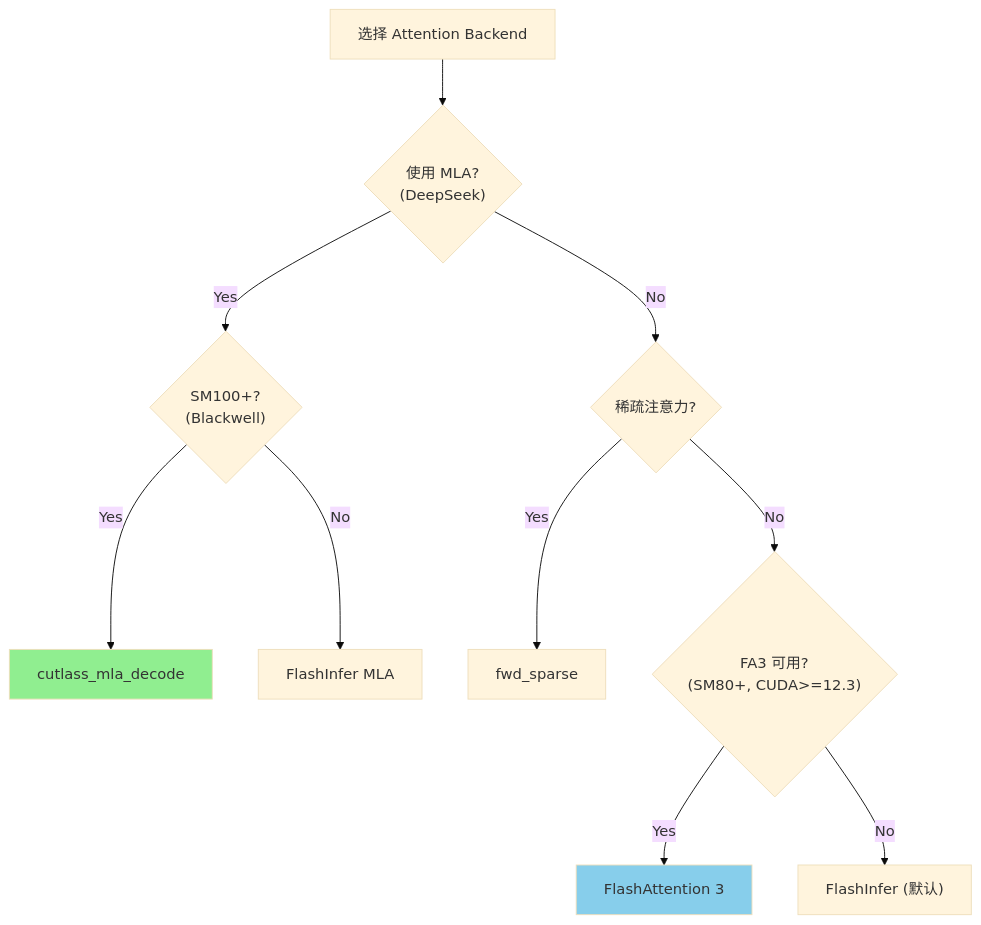
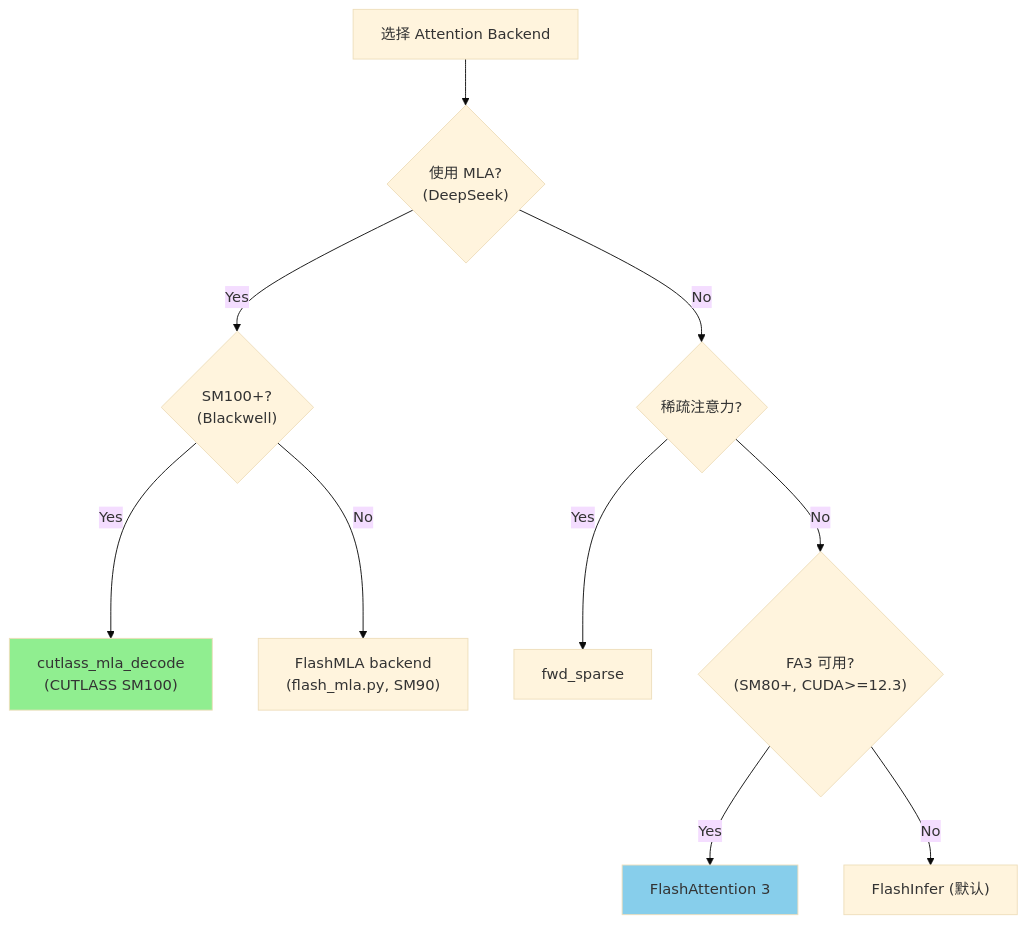
Before and after one commit to wesleyck/AIInfraNotes: the sixth of 6 diagrams in SGLang/16_attention_kernels.md, drawn with Mermaid (base theme). The commit also changed other lines of this file and 16 other files, not shown here.

````diff
--- a/SGLang/16_attention_kernels.md
+++ b/SGLang/16_attention_kernels.md
@@ -404,25 +469,25 @@
 ```mermaid
 flowchart TB
     Start["选择 Attention Backend"]
     
     IsMLA{"使用 MLA?<br/>(DeepSeek)"}
     IsSM100{"SM100+?<br/>(Blackwell)"}
     IsSparse{"稀疏注意力?"}
     IsFA3{"FA3 可用?<br/>(SM80+, CUDA>=12.3)"}
     
     Start --> IsMLA
     
     IsMLA -->|Yes| IsSM100
-    IsSM100 -->|Yes| CUTLASS["cutlass_mla_decode"]
-    IsSM100 -->|No| FlashMLA["FlashInfer MLA"]
+    IsSM100 -->|Yes| CUTLASS["cutlass_mla_decode<br/>(CUTLASS SM100)"]
+    IsSM100 -->|No| FlashMLA["FlashMLA backend<br/>(flash_mla.py, SM90)"]
     
     IsMLA -->|No| IsSparse
     IsSparse -->|Yes| SparseFwd["fwd_sparse"]
     
     IsSparse -->|No| IsFA3
     IsFA3 -->|Yes| FA3["FlashAttention 3"]
     IsFA3 -->|No| FI["FlashInfer (默认)"]
     
     style CUTLASS fill:#90EE90
     style FA3 fill:#87CEEB
 ```
````
